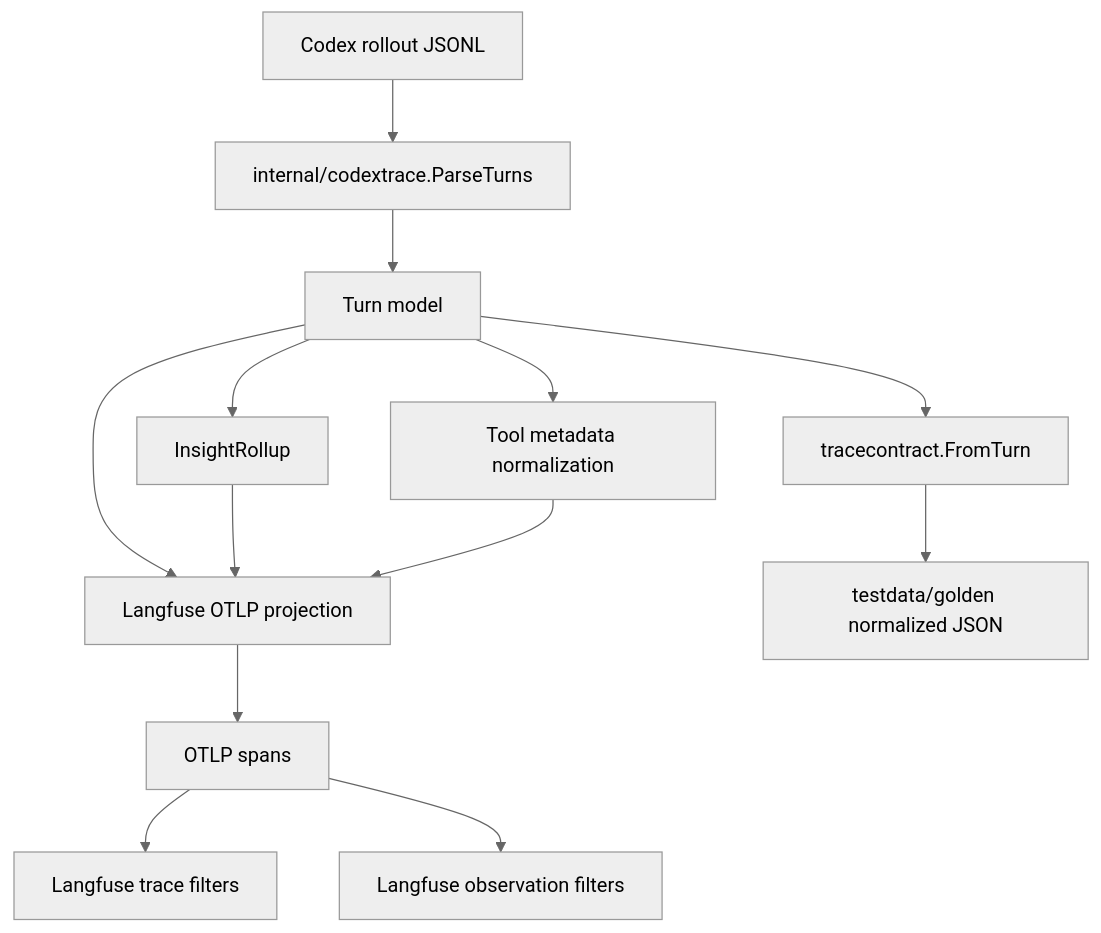
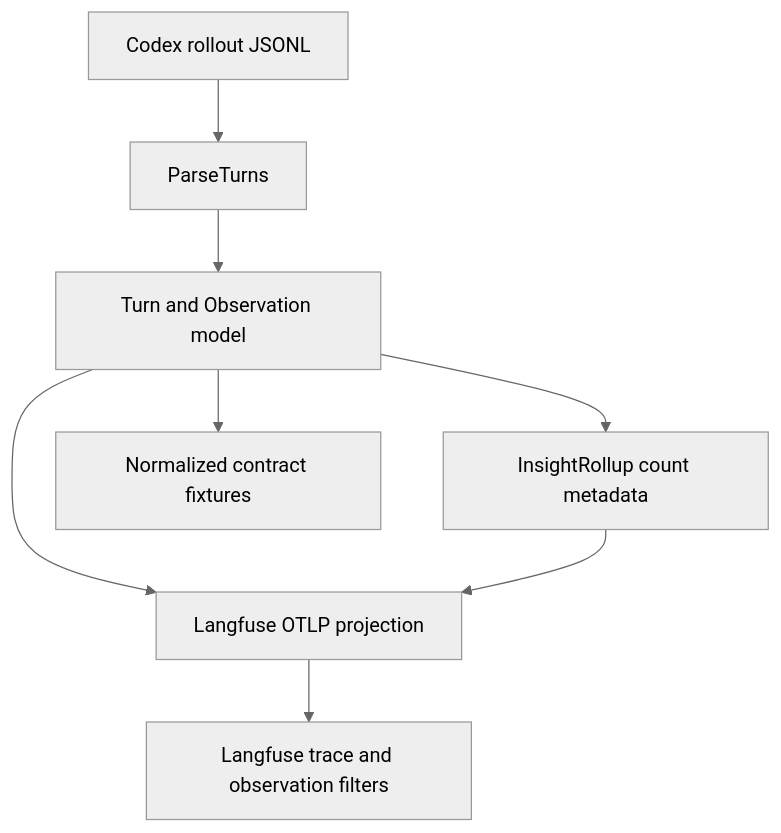
The diagram in plans/langfuse-filter-cost-plan.md (kirilligum/codex-langfuse-tracer), drawn with Mermaid (neutral theme) before and after one commit. The commit also changed other lines of this file, not shown here.

Commit message:
feat: Refine Langfuse trace and cost plan for maintainability

````diff
--- a/plans/langfuse-filter-cost-plan.md
+++ b/plans/langfuse-filter-cost-plan.md
@@ -124,15 +112,10 @@
 ```mermaid
 flowchart TD
-    A[Codex rollout JSONL] --> B[internal/codextrace.ParseTurns]
-    B --> C[Turn model]
-    C --> D[InsightRollup]
-    C --> E[Tool metadata normalization]
-    C --> F[Langfuse OTLP projection]
-    D --> F
-    E --> F
-    F --> G[OTLP spans]
-    G --> H[Langfuse trace filters]
-    G --> I[Langfuse observation filters]
-    C --> J[tracecontract.FromTurn]
-    J --> K[testdata/golden normalized JSON]
+    A[Codex rollout JSONL] --> B[ParseTurns]
+    B --> C[Turn and Observation model]
+    C --> D[InsightRollup count metadata]
+    C --> E[Langfuse OTLP projection]
+    D --> E
+    E --> F[Langfuse trace and observation filters]
+    C --> G[Normalized contract fixtures]
 ```
````
